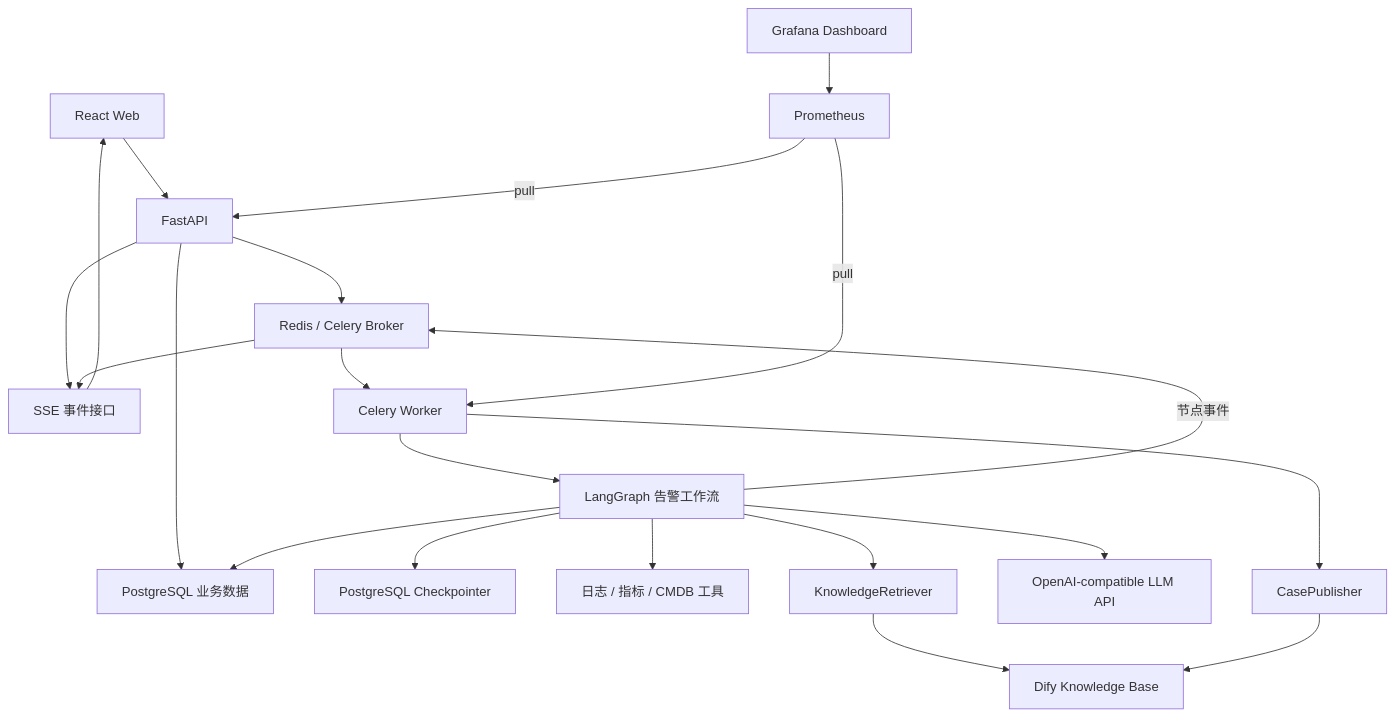
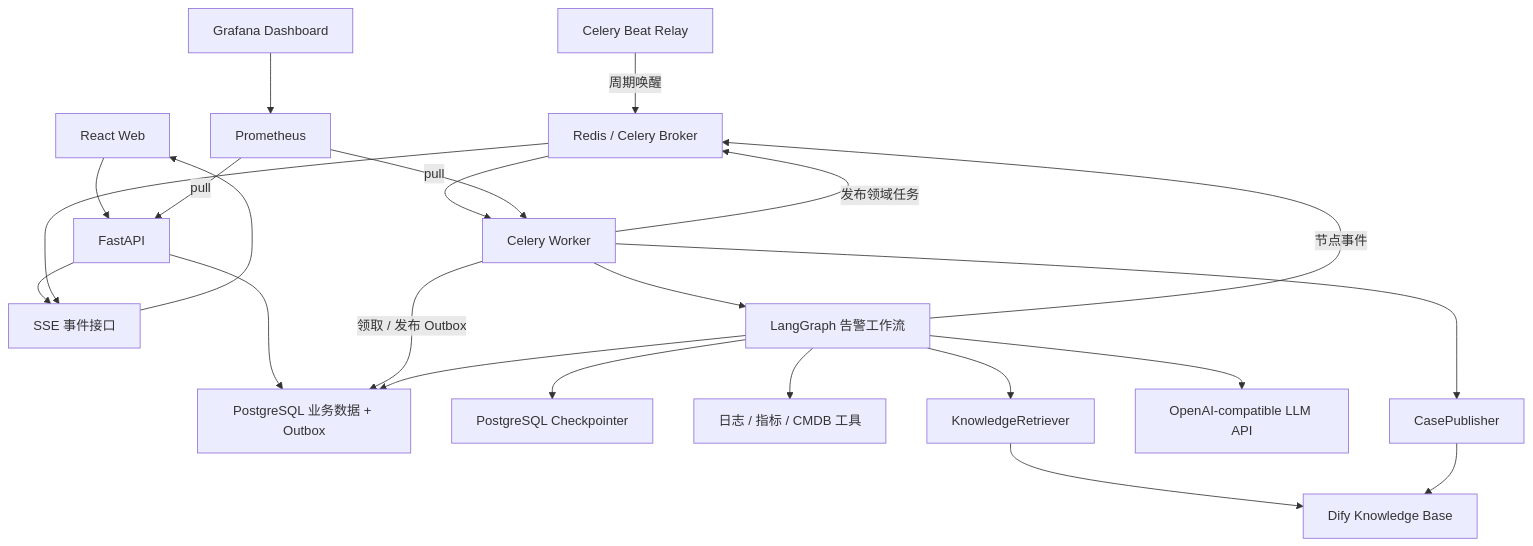
The first of 2 diagrams in docs/02-architecture.md (tsycheese/alert-sage), drawn with Mermaid before and after one commit. The commit also changed other lines of this file and 33 other files, not shown here.

````diff
--- a/docs/02-architecture.md
+++ b/docs/02-architecture.md
@@ -92,27 +93,29 @@
 ```mermaid
 flowchart TB
     WEB["React Web"] --> API["FastAPI"]
-    API --> PG["PostgreSQL 业务数据"]
-    API --> REDIS["Redis / Celery Broker"]
+    API --> PG["PostgreSQL 业务数据 + Outbox"]
     API --> SSE["SSE 事件接口"]
 
+    BEAT["Celery Beat Relay"] -->|周期唤醒| REDIS["Redis / Celery Broker"]
     REDIS --> WORKER["Celery Worker"]
+    WORKER -->|领取 / 发布 Outbox| PG
+    WORKER -->|发布领域任务| REDIS
     WORKER --> GRAPH["LangGraph 告警工作流"]
 
     GRAPH --> CHECKPOINT["PostgreSQL Checkpointer"]
     GRAPH --> TOOLS["日志 / 指标 / CMDB 工具"]
     GRAPH --> RETRIEVER["KnowledgeRetriever"]
     RETRIEVER --> DIFY["Dify Knowledge Base"]
     GRAPH --> LLM["OpenAI-compatible LLM API"]
     GRAPH --> PG
     WORKER --> CASE_PUBLISHER["CasePublisher"]
     CASE_PUBLISHER --> DIFY
 
     PROM["Prometheus"] -->|pull| API
     PROM -->|pull| WORKER
     GRAFANA["Grafana Dashboard"] --> PROM
 
     GRAPH -->|节点事件| REDIS
     REDIS --> SSE
     SSE --> WEB
 ```
````
